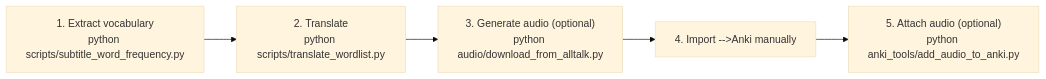
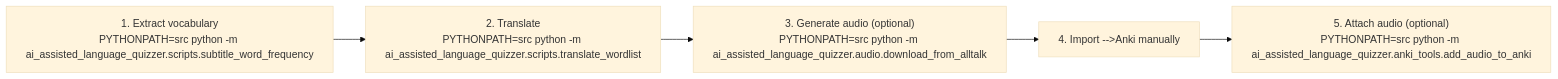
One commit to stratus-ss/ai_assisted_language_quizzer changed diagram 16 of 17 in CODEFLOW.md. Above: the diagram before and after it, drawn with Mermaid (base theme). The commit also changed other lines of this file and 1 other file, not shown here.

````diff
--- a/CODEFLOW.md
+++ b/CODEFLOW.md
@@ -642,7 +538,7 @@
 ```mermaid
 flowchart LR
-    A["1. Extract vocabulary<br/>python scripts/subtitle_word_frequency.py"] --> B["2. Translate<br/>python scripts/translate_wordlist.py"]
-    B --> C["3. Generate audio (optional)<br/>python audio/download_from_alltalk.py"]
+    A["1. Extract vocabulary<br/>PYTHONPATH=src python -m ai_assisted_language_quizzer.scripts.subtitle_word_frequency"] --> B["2. Translate<br/>PYTHONPATH=src python -m ai_assisted_language_quizzer.scripts.translate_wordlist"]
+    B --> C["3. Generate audio (optional)<br/>PYTHONPATH=src python -m ai_assisted_language_quizzer.audio.download_from_alltalk"]
     C --> D["4. Import -->Anki manually"]
-    D --> E["5. Attach audio (optional)<br/>python anki_tools/add_audio_to_anki.py"]
+    D --> E["5. Attach audio (optional)<br/>PYTHONPATH=src python -m ai_assisted_language_quizzer.anki_tools.add_audio_to_anki"]
 ```
````
